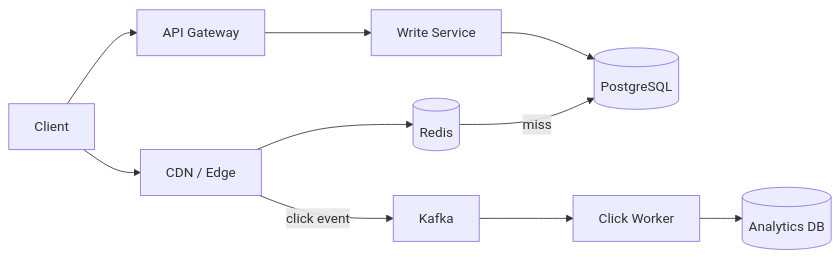
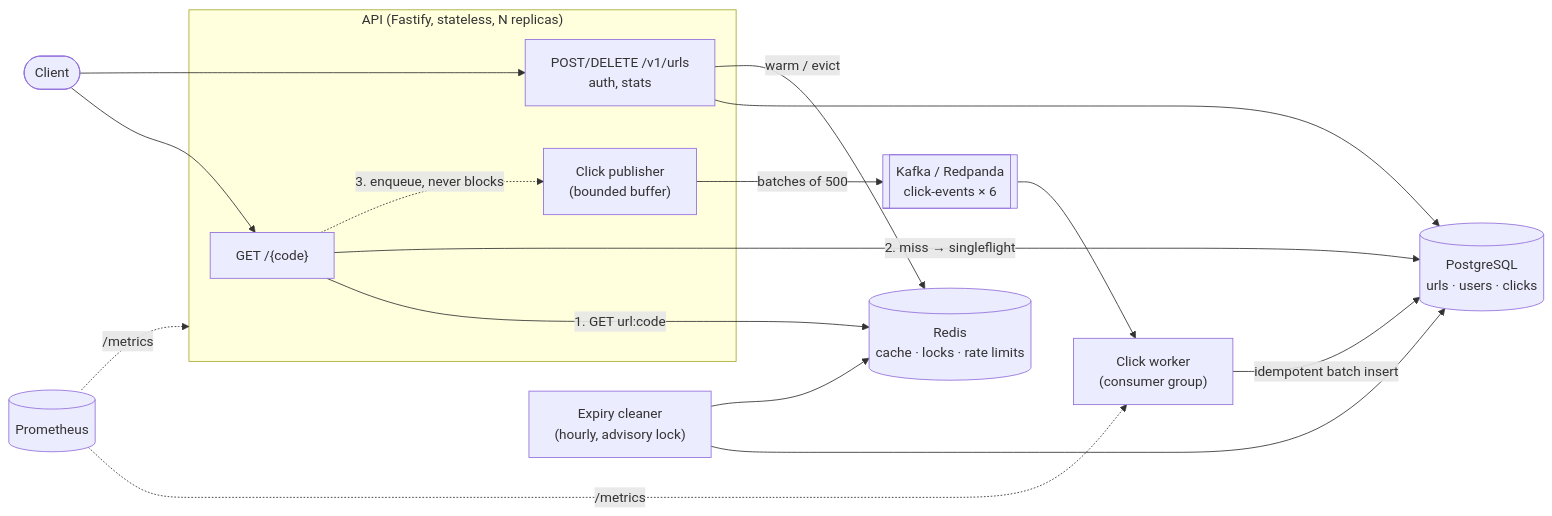
One commit to abhiv1234/url-shortener changed the diagram in docs/architecture.md. Above: the diagram before and after it, drawn with Mermaid. The commit also changed other lines of this file and 80 other files, not shown here.

````diff
--- a/docs/architecture.md
+++ b/docs/architecture.md
@@ -5,22 +5,26 @@
 ```mermaid
 flowchart LR
-    Client[Client]
-    GW[API Gateway]
-    WS[Write Service]
-    PG[(PostgreSQL)]
-    CDN[CDN / Edge]
-    Redis[(Redis)]
-    Kafka[Kafka]
-    Worker[Click Worker]
-    Analytics[(Analytics DB)]
+    Client([Client])
+    subgraph API["API (Fastify, stateless, N replicas)"]
+        Redirect["GET /{code}"]
+        Write["POST/DELETE /v1/urls<br/>auth, stats"]
+        Pub["Click publisher<br/>(bounded buffer)"]
+    end
+    Redis[(Redis<br/>cache · locks · rate limits)]
+    PG[(PostgreSQL<br/>urls · users · clicks)]
+    Kafka[[Kafka / Redpanda<br/>click-events × 6]]
+    Worker["Click worker<br/>(consumer group)"]
+    Cleaner["Expiry cleaner<br/>(hourly, advisory lock)"]
+    Prom[(Prometheus)]
 
-    Client --> GW
-    GW --> WS
-    WS --> PG
-    Client --> CDN
-    CDN --> Redis
-    Redis -->|miss| PG
-    CDN -->|click event| Kafka
-    Kafka --> Worker
-    Worker --> Analytics
+    Client --> Redirect & Write
+    Redirect -->|1. GET url:code| Redis
+    Redirect -->|2. miss → singleflight| PG
+    Redirect -.->|3. enqueue, never blocks| Pub
+    Pub -->|batches of 500| Kafka
+    Kafka --> Worker -->|idempotent batch insert| PG
+    Write --> PG
+    Write -->|warm / evict| Redis
+    Cleaner --> PG & Redis
+    Prom -.->|/metrics| API & Worker
 ```
````
